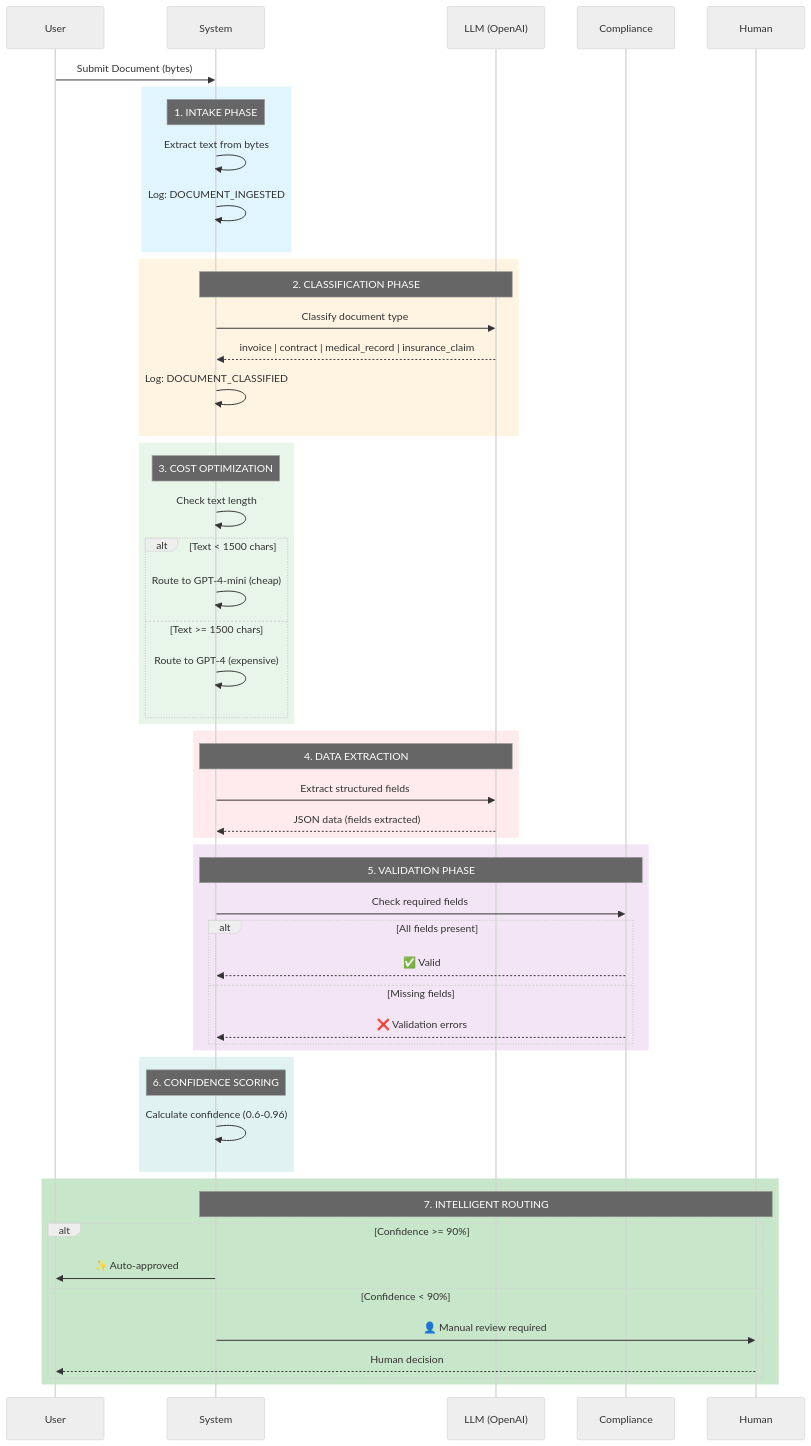
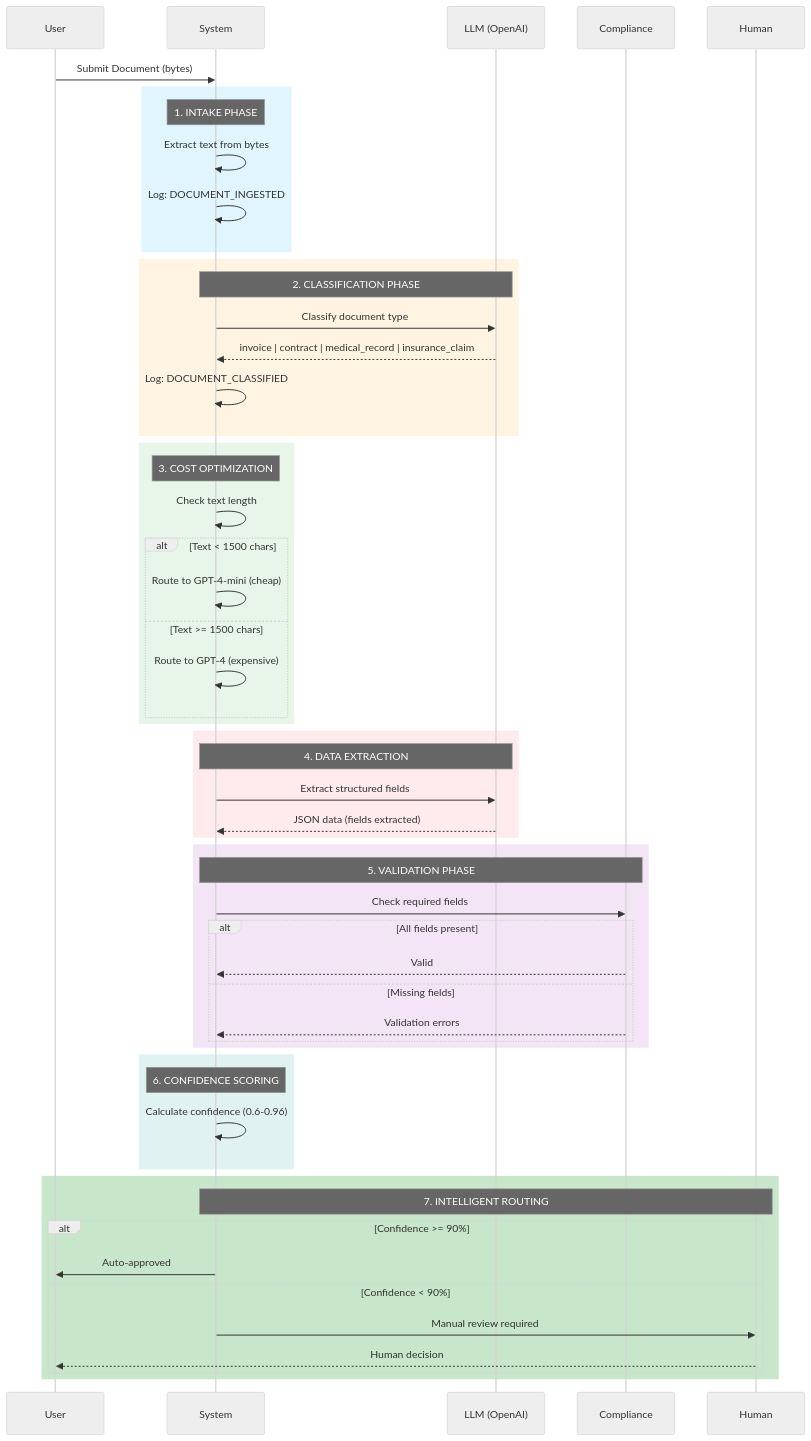
The third of 6 diagrams in Intelligent_Document_Processing/README.md (aaryan182/ai_agents_prod_langgraph), drawn with Mermaid (neutral theme) before and after one commit. The commit also changed other lines of this file and 7 other files, not shown here.

````diff
--- a/Intelligent_Document_Processing/README.md
+++ b/Intelligent_Document_Processing/README.md
@@ -143,64 +143,64 @@
 ```mermaid
 sequenceDiagram
     participant User
     participant System
     participant LLM as LLM (OpenAI)
     participant Compliance
     participant Human
     
     User->>System: Submit Document (bytes)
     
     rect rgb(225, 245, 255)
         Note over System: 1. INTAKE PHASE
         System->>System: Extract text from bytes
         System->>System: Log: DOCUMENT_INGESTED
     end
     
     rect rgb(255, 244, 225)
         Note over System,LLM: 2. CLASSIFICATION PHASE
         System->>LLM: Classify document type
         LLM-->>System: invoice | contract | medical_record | insurance_claim
         System->>System: Log: DOCUMENT_CLASSIFIED
     end
     
     rect rgb(232, 245, 233)
         Note over System: 3. COST OPTIMIZATION
         System->>System: Check text length
         alt Text < 1500 chars
             System->>System: Route to GPT-4-mini (cheap)
         else Text >= 1500 chars
             System->>System: Route to GPT-4 (expensive)
         end
     end
     
     rect rgb(255, 235, 238)
         Note over System,LLM: 4. DATA EXTRACTION
         System->>LLM: Extract structured fields
         LLM-->>System: JSON data (fields extracted)
     end
     
     rect rgb(243, 229, 245)
         Note over System,Compliance: 5. VALIDATION PHASE
         System->>Compliance: Check required fields
         alt All fields present
-            Compliance-->>System: ✅ Valid
+            Compliance-->>System:  Valid
         else Missing fields
-            Compliance-->>System: ❌ Validation errors
+            Compliance-->>System:  Validation errors
         end
     end
     
     rect rgb(224, 242, 241)
         Note over System: 6. CONFIDENCE SCORING
         System->>System: Calculate confidence (0.6-0.96)
     end
     
     rect rgb(200, 230, 201)
         Note over System,Human: 7. INTELLIGENT ROUTING
         alt Confidence >= 90%
-            System->>User: ✨ Auto-approved
+            System->>User:  Auto-approved
         else Confidence < 90%
-            System->>Human: 👤 Manual review required
+            System->>Human:  Manual review required
             Human-->>User: Human decision
         end
     end
 ```
````
